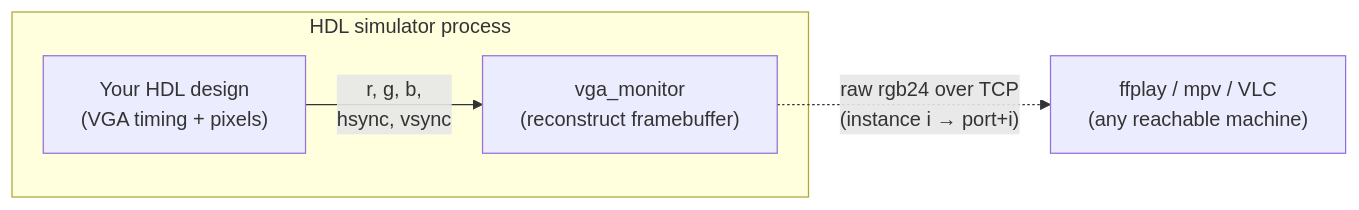
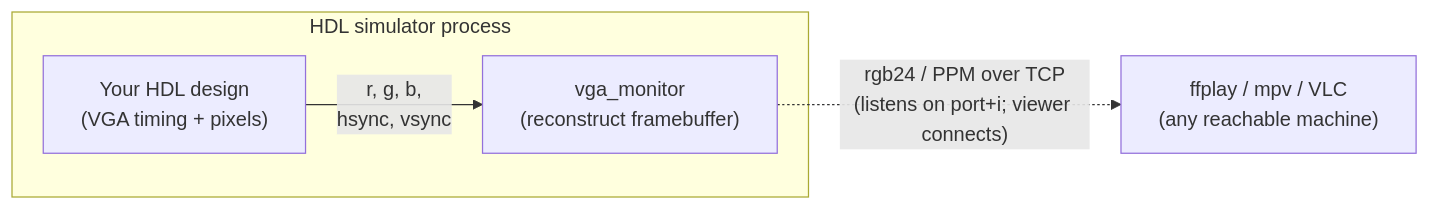
One commit to DFiantWorks/vga-monitor-sim changed the second of 2 diagrams in README.md. Above: the diagram before and after it, drawn with Mermaid. The commit also changed other lines of this file and 3 other files, not shown here.

````diff
--- a/README.md
+++ b/README.md
@@ -78,9 +78,9 @@
 ```mermaid
 flowchart LR
     subgraph SIMPROC["HDL simulator process"]
         DUT["Your HDL design<br/>(VGA timing + pixels)"]
         MON["vga_monitor<br/>(reconstruct framebuffer)"]
         DUT -->|"r, g, b,<br/>hsync, vsync"| MON
     end
-    MON -. "raw rgb24 over TCP<br/>(instance i → port+i)" .-> VIEW["ffplay / mpv / VLC<br/>(any reachable machine)"]
+    MON -. "rgb24 / PPM over TCP<br/>(listens on port+i; viewer connects)" .-> VIEW["ffplay / mpv / VLC<br/>(any reachable machine)"]
 ```
````
